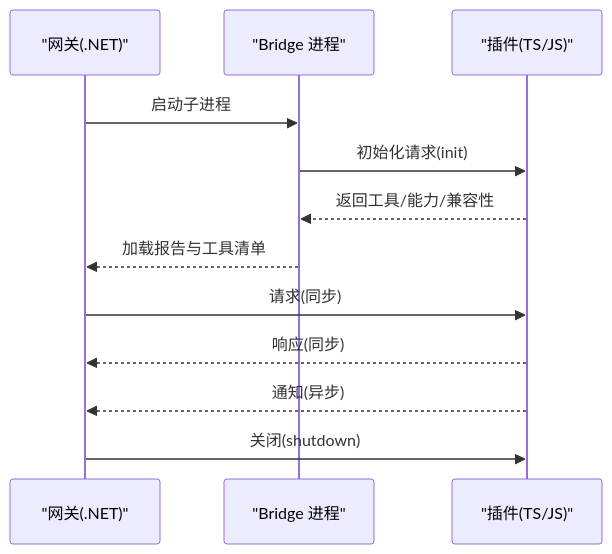
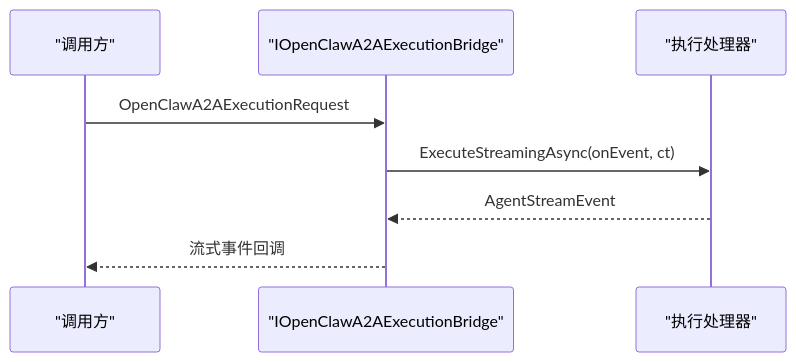
One commit to wayyet/kingcrab changed the seventh of 8 diagrams in .qoder/repowiki/zh/content/插件系统/插件系统.md. Above: the diagram before and after it, drawn with Mermaid. The commit also changed other lines of this file and 173 other files, not shown here.

````diff
--- a/.qoder/repowiki/zh/content/插件系统/插件系统.md
+++ b/.qoder/repowiki/zh/content/插件系统/插件系统.md
@@ -225,14 +284,10 @@
 ```mermaid
 sequenceDiagram
-participant GW as "网关(.NET)"
-participant BR as "Bridge 进程"
-participant PL as "插件(TS/JS)"
-GW->>BR : 启动子进程
-BR->>PL : 初始化请求(init)
-PL-->>BR : 返回工具/能力/兼容性
-BR-->>GW : 加载报告与工具清单
-GW->>PL : 请求(同步)
-PL-->>GW : 响应(同步)
-PL-->>GW : 通知(异步)
-GW->>PL : 关闭(shutdown)
+participant Caller as "调用方"
+participant Bridge as "IOpenClawA2AExecutionBridge"
+participant Exec as "执行处理器"
+Caller->>Bridge : OpenClawA2AExecutionRequest
+Bridge->>Exec : ExecuteStreamingAsync(onEvent, ct)
+Exec-->>Bridge : AgentStreamEvent
+Bridge-->>Caller : 流式事件回调
 ```
````
